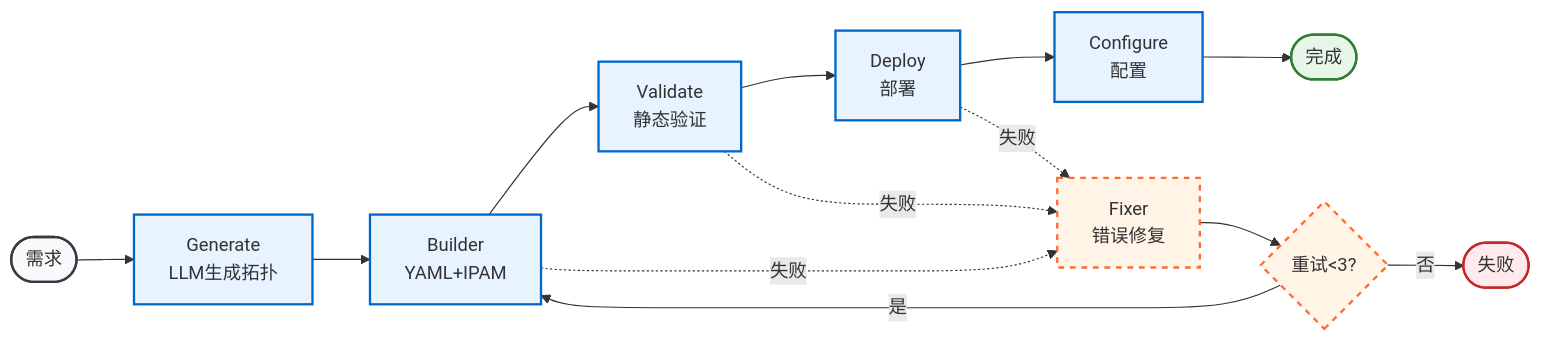
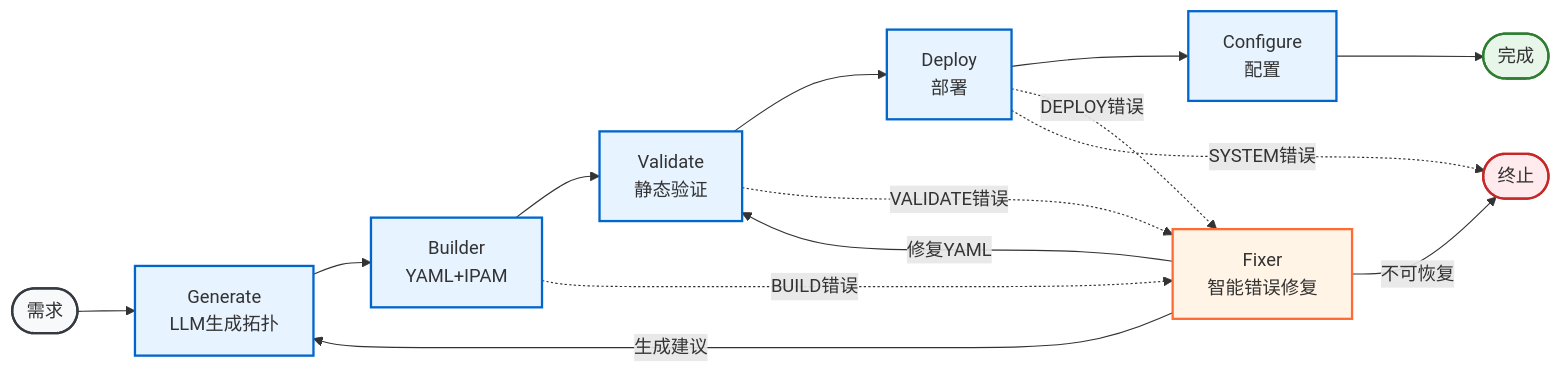
Before and after one commit to Yuchuwa/CVELab: the diagram in README.md, drawn with Mermaid. The commit also changed other lines of this file and 43 other files, not shown here.

````diff
--- a/README.md
+++ b/README.md
@@ -46,31 +46,32 @@
 ```mermaid
 flowchart LR
     Start([需求]) --> Generate["Generate<br/>LLM生成拓扑"]
     Generate --> Builder["Builder<br/>YAML+IPAM"]
     Builder --> Validate["Validate<br/>静态验证"]
     Validate --> Deploy["Deploy<br/>部署"]
     Deploy --> Config["Configure<br/>配置"]
     Config --> End([完成])
 
-    Fixer["Fixer<br/>错误修复"]
-    Retry{"重试<3?"}
-    Fixer --> Retry
+    Fixer["Fixer<br/>智能错误修复"]
 
-    Builder -.->|失败| Fixer
-    Validate -.->|失败| Fixer
-    Deploy -.->|失败| Fixer
-    Retry -->|是| Builder
-    Retry -->|否| Failed([失败])
+    Builder -.->|BUILD错误| Fixer
+    Validate -.->|VALIDATE错误| Fixer
+    Deploy -.->|DEPLOY错误| Fixer
+    Deploy -.->|SYSTEM错误| Failed([终止])
+
+    Fixer -->|生成建议| Generate
+    Fixer -->|修复YAML| Validate
+    Fixer -->|不可恢复| Failed
 
     classDef main fill:#e7f3ff,stroke:#0066cc,stroke-width:2px
-    classDef err fill:#fff4e6,stroke:#ff6b35,stroke-width:2px,stroke-dasharray:5 5
+    classDef err fill:#fff4e6,stroke:#ff6b35,stroke-width:2px
     classDef term fill:#f8f9fa,stroke:#343a40,stroke-width:2px
     classDef ok fill:#e8f5e9,stroke:#2e7d32,stroke-width:2px
     classDef bad fill:#ffebee,stroke:#c62828,stroke-width:2px
 
     class Generate,Builder,Validate,Deploy,Config main
-    class Fixer,Retry err
+    class Fixer err
     class Start,End term
     class End ok
     class Failed bad
 ```
````
